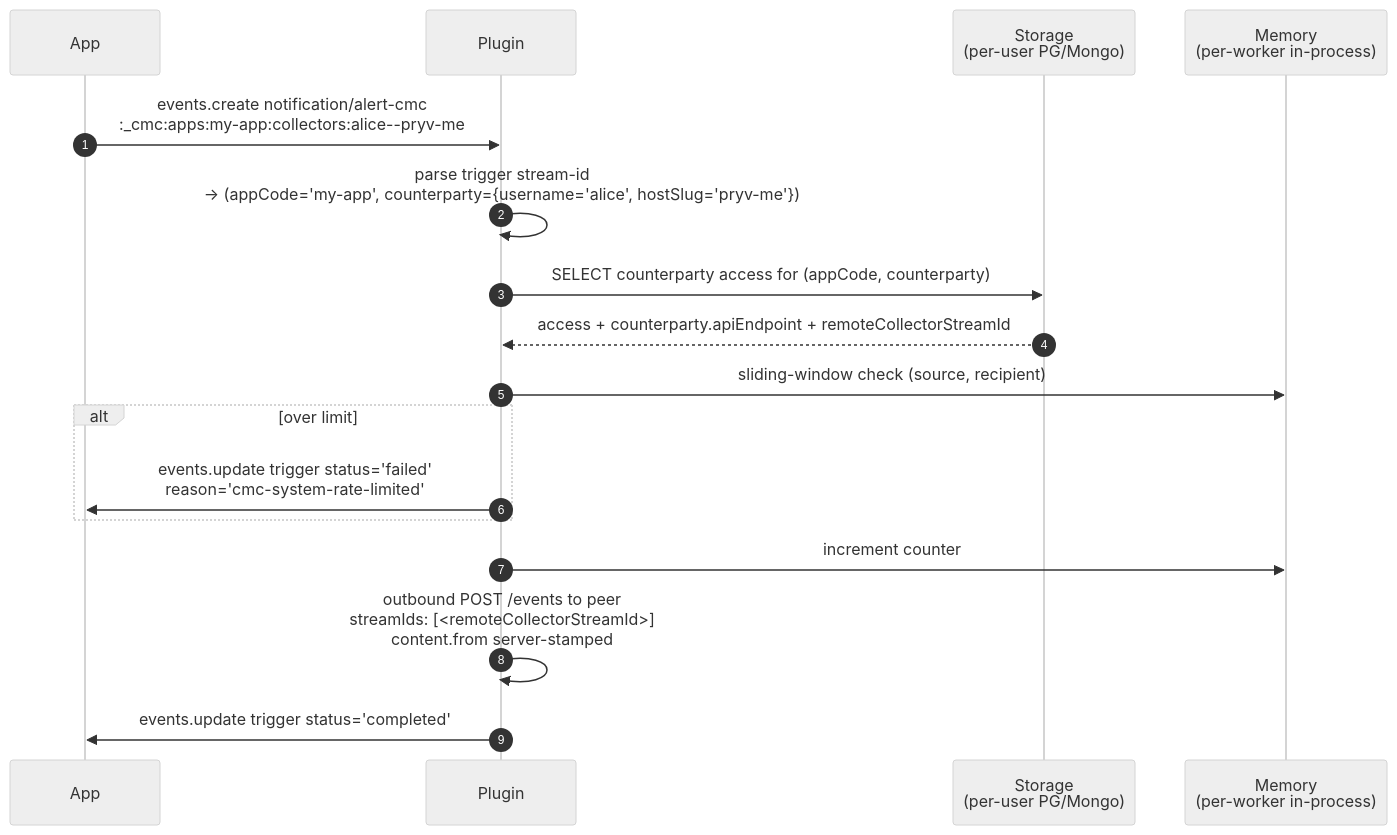
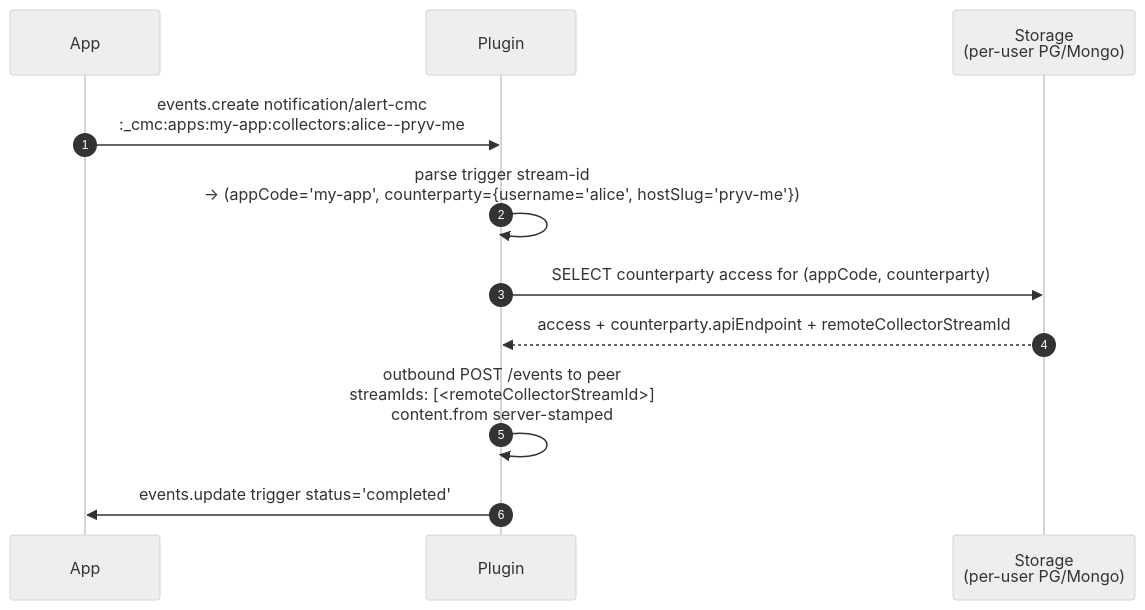
One commit to pryv/open-pryv.io changed the seventh of 14 diagrams in components/cmc/INTERNALS.md. Above: the diagram before and after it, drawn with Mermaid (neutral theme). The commit also changed other lines of this file and 23 other files, not shown here.

First line of the commit message:
cmc: remove rate-limiter + add open-link Phase 2 capability lifecycle

````diff
--- a/components/cmc/INTERNALS.md
+++ b/components/cmc/INTERNALS.md
@@ -326,20 +324,14 @@
 ```mermaid
 sequenceDiagram
     autonumber
     participant App
     participant Plugin
     participant Storage as Storage<br/>(per-user PG/Mongo)
-    participant Memory as Memory<br/>(per-worker in-process)
 
     App->>Plugin: events.create notification/alert-cmc<br/>:_cmc:apps:my-app:collectors:alice--pryv-me
     Plugin->>Plugin: parse trigger stream-id<br/>→ (appCode='my-app', counterparty={username='alice', hostSlug='pryv-me'})
     Plugin->>Storage: SELECT counterparty access for (appCode, counterparty)
     Storage-->>Plugin: access + counterparty.apiEndpoint + remoteCollectorStreamId
-    Plugin->>Memory: sliding-window check (source, recipient)
-    alt over limit
-        Plugin->>App: events.update trigger status='failed'<br/>reason='cmc-system-rate-limited'
-    end
-    Plugin->>Memory: increment counter
     Plugin->>Plugin: outbound POST /events to peer<br/>streamIds: [<remoteCollectorStreamId>]<br/>content.from server-stamped
     Plugin->>App: events.update trigger status='completed'
 ```
````
